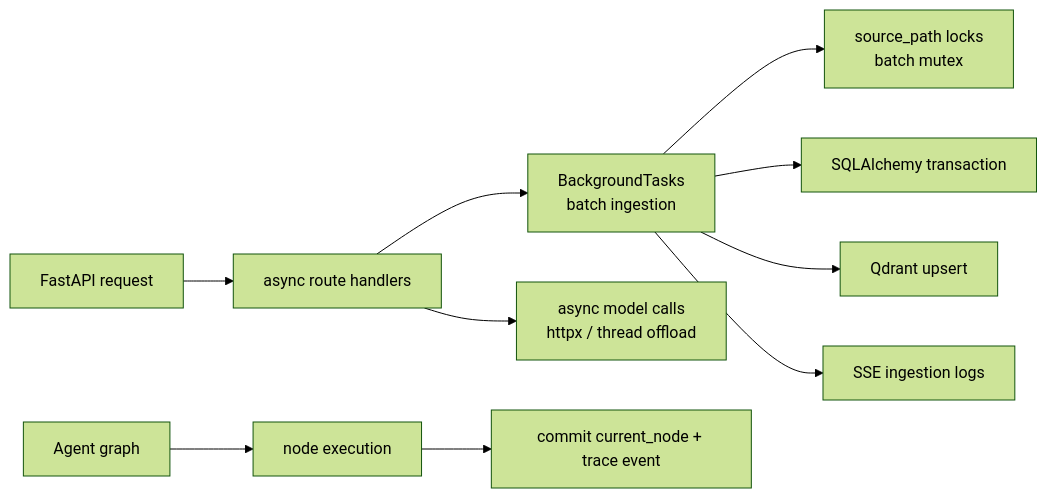
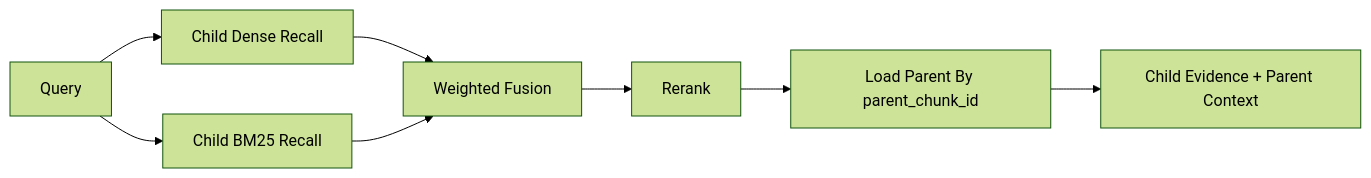
Before and after one commit to Sggggt/DialoGraph: the second of 5 diagrams in README.en.md, drawn with Mermaid (forest theme). The commit also changed other lines of this file and 44 other files, not shown here.

````diff
--- a/README.en.md
+++ b/README.en.md
@@ -111,12 +127,10 @@
 ```mermaid
 flowchart LR
-    REQ["FastAPI request"] --> ASYNC["async route handlers"]
-    ASYNC --> BG["BackgroundTasks<br/>batch ingestion"]
-    ASYNC --> LLM["async model calls<br/>httpx / thread offload"]
-    BG --> LOCKS["source_path locks<br/>batch mutex"]
-    BG --> DBTX["SQLAlchemy transaction"]
-    BG --> VECTOR["Qdrant upsert"]
-    BG --> LOGS["SSE ingestion logs"]
-    AGENT["Agent graph"] --> NODE["node execution"]
-    NODE --> TRACE["commit current_node + trace event"]
+    Q["Query"] --> DENSE["Child Dense Recall"]
+    Q --> BM25["Child BM25 Recall"]
+    DENSE --> FUSION["Weighted Fusion"]
+    BM25 --> FUSION
+    FUSION --> RERANK["Rerank"]
+    RERANK --> PARENT["Load Parent By parent_chunk_id"]
+    PARENT --> RESULT["Child Evidence + Parent Context"]
 ```
````
